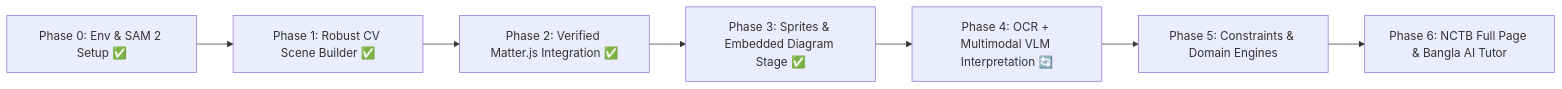
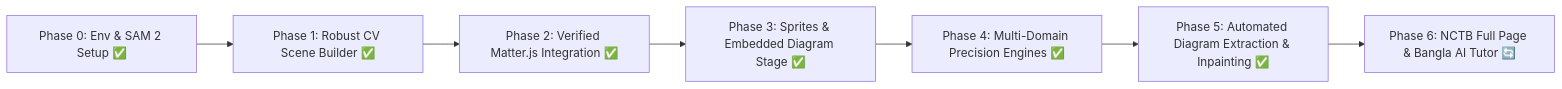
The second of 2 diagrams in PROJECT_CONTEXT.md (rahi-sadat/AI-Enhanced-Interactive-Physics-Textbook), drawn with Mermaid before and after one commit. The commit also changed other lines of this file and 4 other files, not shown here.

````diff
--- a/PROJECT_CONTEXT.md
+++ b/PROJECT_CONTEXT.md
@@ -154,9 +199,9 @@
 ```mermaid
 graph LR
     P0[Phase 0: Env & SAM 2 Setup ✅] --> P1[Phase 1: Robust CV Scene Builder ✅]
     P1 --> P2[Phase 2: Verified Matter.js Integration ✅]
     P2 --> P3[Phase 3: Sprites & Embedded Diagram Stage ✅]
-    P3 --> P4[Phase 4: OCR + Multimodal VLM Interpretation 🔄]
-    P4 --> P5[Phase 5: Constraints & Domain Engines]
-    P5 --> P6[Phase 6: NCTB Full Page & Bangla AI Tutor]
+    P3 --> P4[Phase 4: Multi-Domain Precision Engines ✅]
+    P4 --> P5[Phase 5: Automated Diagram Extraction & Inpainting ✅]
+    P5 --> P6[Phase 6: NCTB Full Page & Bangla AI Tutor 🔄]
 ```
````
